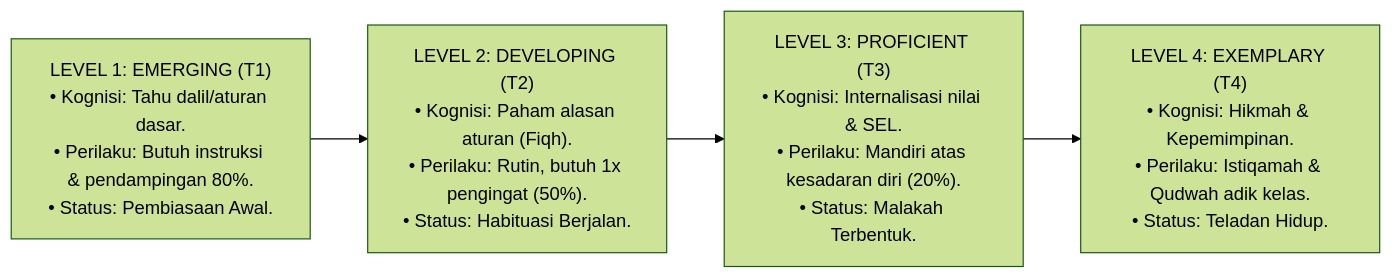
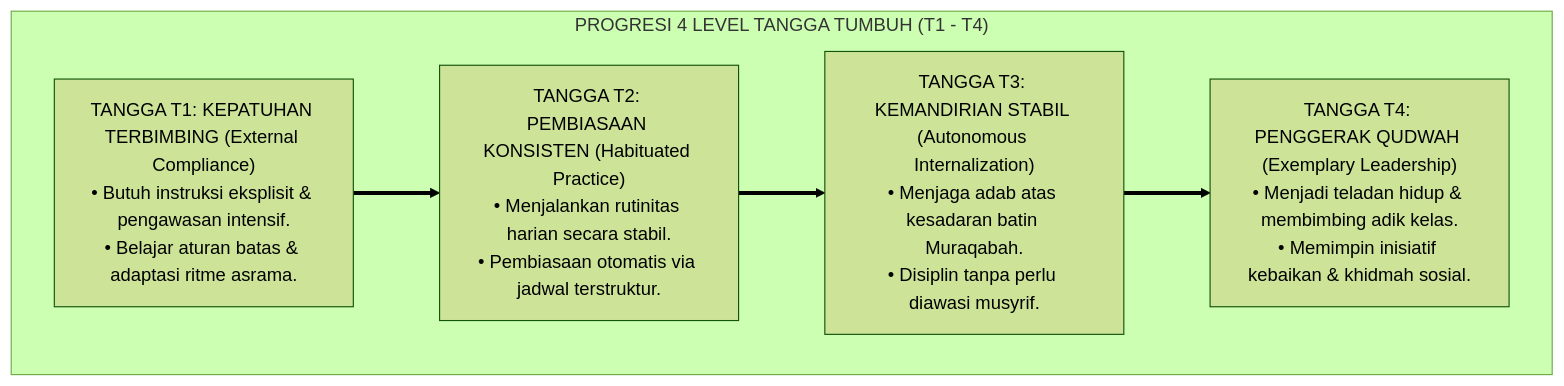
One commit to wandiapriliyandi/tumbuh changed the first of 3 diagrams in 03 Capacity Framework/02 Character Architecture/P3-02-02-Struktur-Gradasi-4-Level-Kompetensi.md. Above: the diagram before and after it, drawn with Mermaid (forest theme). The commit also changed other lines of this file and 25 other files, not shown here.

````diff
--- a/03 Capacity Framework/02 Character Architecture/P3-02-02-Struktur-Gradasi-4-Level-Kompetensi.md
+++ b/03 Capacity Framework/02 Character Architecture/P3-02-02-Struktur-Gradasi-4-Level-Kompetensi.md
@@ -10,9 +54,14 @@
 ```mermaid
-graph LR
-    L1["LEVEL 1: EMERGING (T1)<br/>• Kognisi: Tahu dalil/aturan dasar.<br/>• Perilaku: Butuh instruksi & pendampingan 80%.<br/>• Status: Pembiasaan Awal."]
-    L2["LEVEL 2: DEVELOPING (T2)<br/>• Kognisi: Paham alasan aturan (Fiqh).<br/>• Perilaku: Rutin, butuh 1x pengingat (50%).<br/>• Status: Habituasi Berjalan."]
-    L3["LEVEL 3: PROFICIENT (T3)<br/>• Kognisi: Internalisasi nilai & SEL.<br/>• Perilaku: Mandiri atas kesadaran diri (20%).<br/>• Status: Malakah Terbentuk."]
-    L4["LEVEL 4: EXEMPLARY (T4)<br/>• Kognisi: Hikmah & Kepemimpinan.<br/>• Perilaku: Istiqamah & Qudwah adik kelas.<br/>• Status: Teladan Hidup."]
-
-    L1 --> L2 --> L3 --> L4
+flowchart TD
+    subgraph ProgresiTanggaTUMBUH["PROGRESI 4 LEVEL TANGGA TUMBUH (T1 - T4)"]
+        T1["TANGGA T1: KEPATUHAN TERBIMBING (External Compliance)<br/>• Butuh instruksi eksplisit & pengawasan intensif.<br/>• Belajar aturan batas & adaptasi ritme asrama."]
+        
+        T2["TANGGA T2: PEMBIASAAN KONSISTEN (Habituated Practice)<br/>• Menjalankan rutinitas harian secara stabil.<br/>• Pembiasaan otomatis via jadwal terstruktur."]
+        
+        T3["TANGGA T3: KEMANDIRIAN STABIL (Autonomous Internalization)<br/>• Menjaga adab atas kesadaran batin Muraqabah.<br/>• Disiplin tanpa perlu diawasi musyrif."]
+        
+        T4["TANGGA T4: PENGGERAK QUDWAH (Exemplary Leadership)<br/>• Menjadi teladan hidup & membimbing adik kelas.<br/>• Memimpin inisiatif kebaikan & khidmah sosial."]
+        
+        T1 ==> T2 ==> T3 ==> T4
+    end
 ```
````
